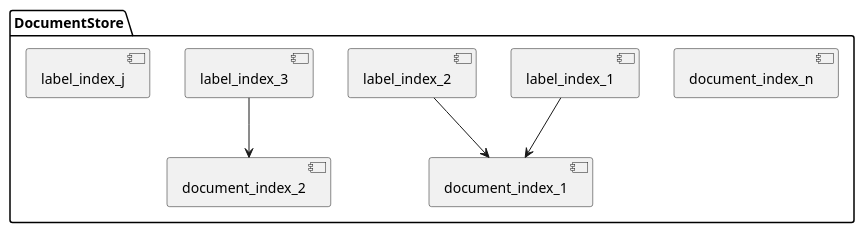
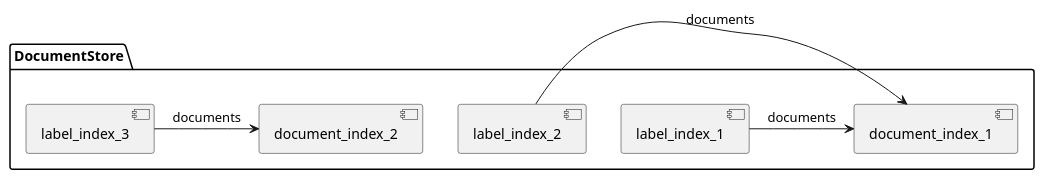
The diagram in documentstore_component.iuml (tstadel/arc), drawn with PlantUML before and after one commit.

```diff
--- a/documentstore_component.iuml
+++ b/documentstore_component.iuml
@@ -1,15 +1,13 @@
 @startuml
 package DocumentStore {
   component document_index_1
   component document_index_2
-  component document_index_n
   component label_index_1
   component label_index_2
   component label_index_3
-  component label_index_j
 }
 
-label_index_1 --> document_index_1
-label_index_2 --> document_index_1
-label_index_3 --> document_index_2
+label_index_1 -> document_index_1: "documents"
+label_index_2 -> document_index_1: "documents"
+label_index_3 -> document_index_2: "documents"
 @enduml
```
